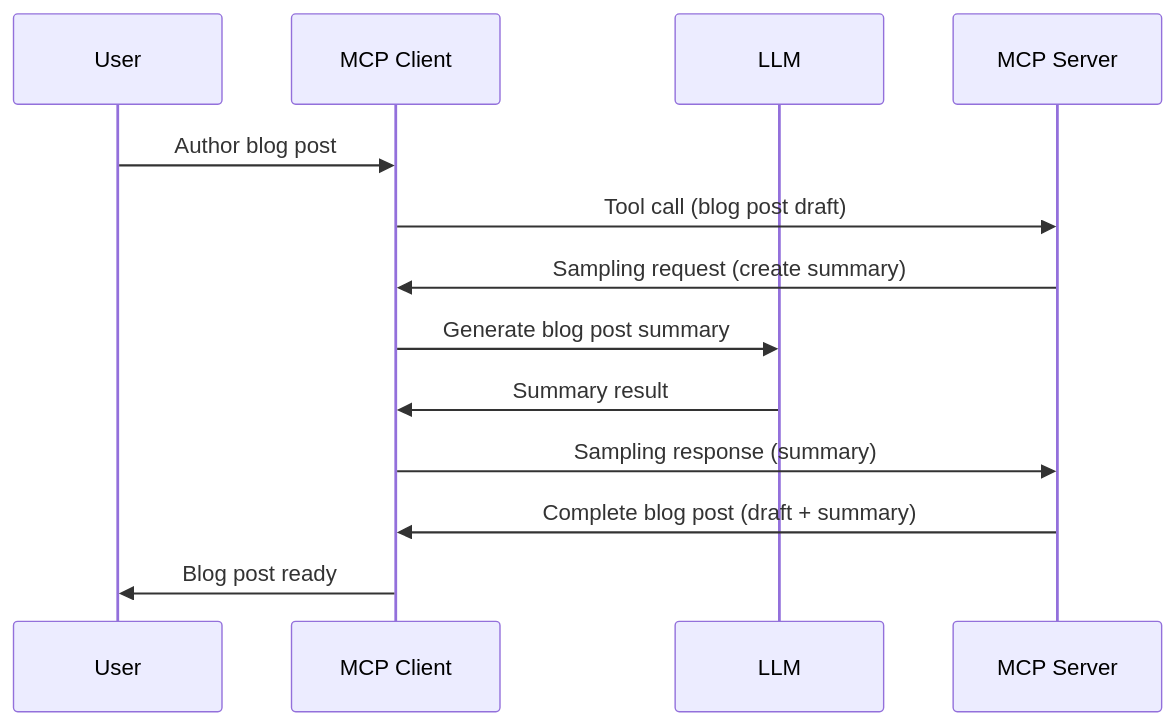
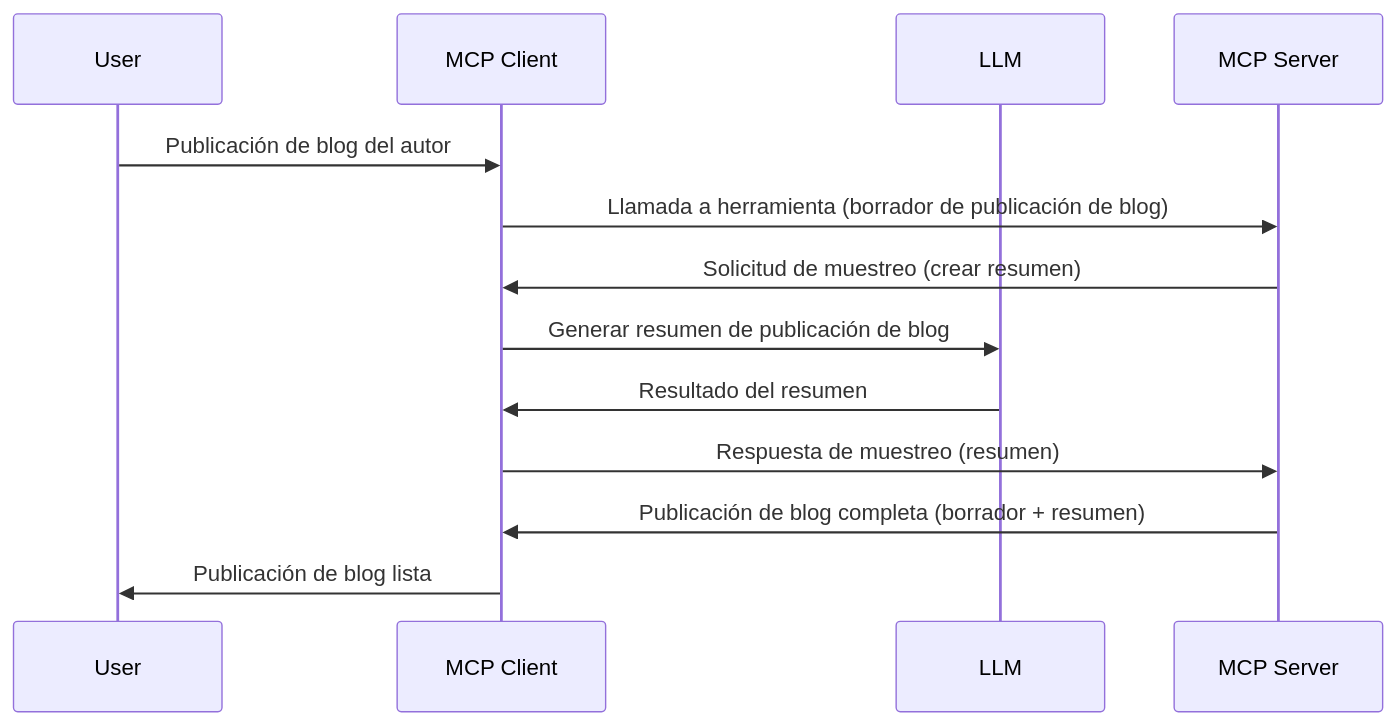
One commit to HIDORAKAI002/ai-workspace-archive changed the diagram in mcp_ecosystem__model_context_protocol/mcp_learning_resources/mcp-for-beginners/translations/en/03-GettingStarted/14-sampling/README.md. Above: the diagram before and after it, drawn with Mermaid. The commit also changed other lines of this file and 1046 other files, not shown here.

````diff
--- a/mcp_ecosystem__model_context_protocol/mcp_learning_resources/mcp-for-beginners/translations/en/03-GettingStarted/14-sampling/README.md
+++ b/mcp_ecosystem__model_context_protocol/mcp_learning_resources/mcp-for-beginners/translations/en/03-GettingStarted/14-sampling/README.md
@@ -23,16 +25,16 @@
 ```mermaid
 sequenceDiagram
     participant User
     participant MCP Client
     participant LLM
     participant MCP Server
 
-    User->>MCP Client: Author blog post
-    MCP Client->>MCP Server: Tool call (blog post draft)
-    MCP Server->>MCP Client: Sampling request (create summary)
-    MCP Client->>LLM: Generate blog post summary
-    LLM->>MCP Client: Summary result
-    MCP Client->>MCP Server: Sampling response (summary)
-    MCP Server->>MCP Client: Complete blog post (draft + summary)
-    MCP Client->>User: Blog post ready
+    User->>MCP Client: Publicación de blog del autor
+    MCP Client->>MCP Server: Llamada a herramienta (borrador de publicación de blog)
+    MCP Server->>MCP Client: Solicitud de muestreo (crear resumen)
+    MCP Client->>LLM: Generar resumen de publicación de blog
+    LLM->>MCP Client: Resultado del resumen
+    MCP Client->>MCP Server: Respuesta de muestreo (resumen)
+    MCP Server->>MCP Client: Publicación de blog completa (borrador + resumen)
+    MCP Client->>User: Publicación de blog lista
 ```
````
